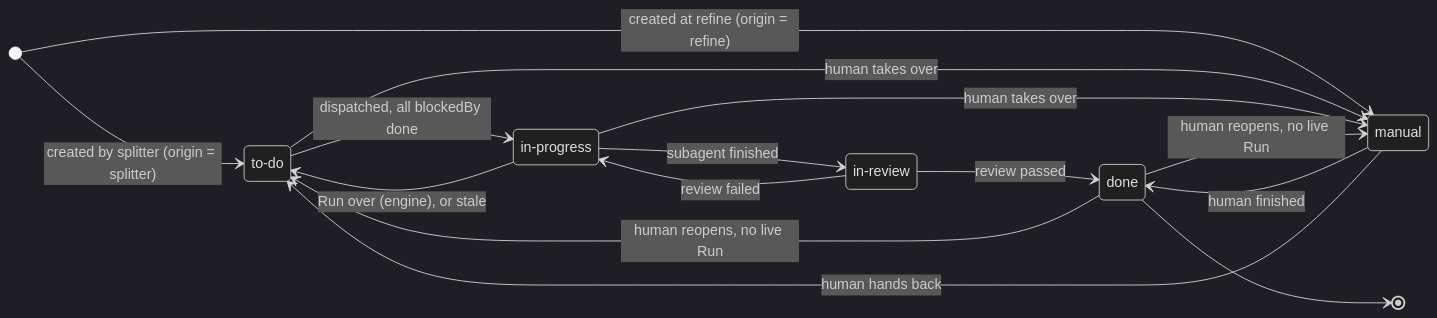
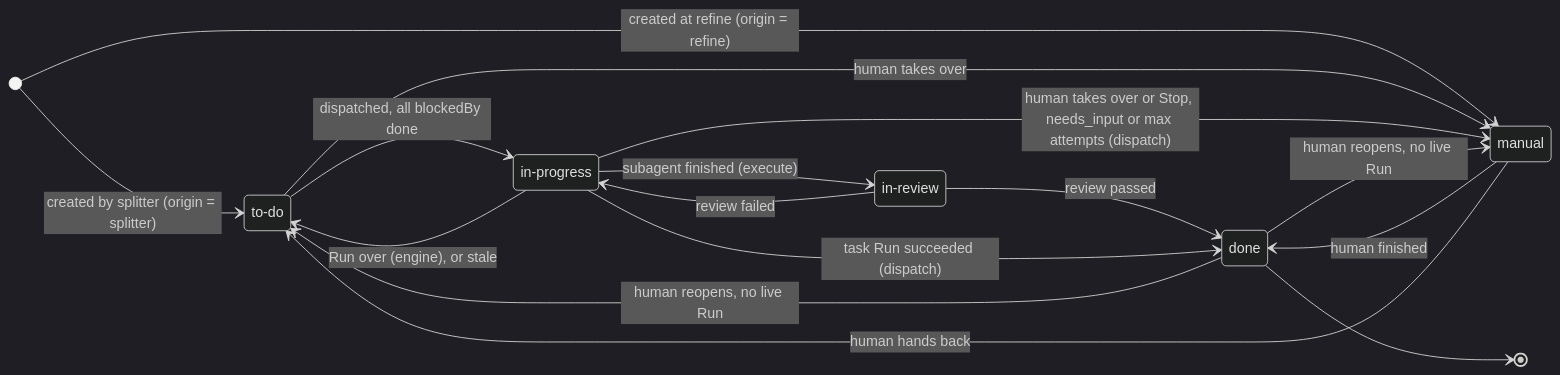
The second of 2 diagrams in docs/state-machine.md (bingeli1379/tasuki), drawn with Mermaid (dark theme) before and after one commit. The commit also changed other lines of this file and 8 other files, not shown here.

First line of the commit message:
docs: design the dispatch mode for task scheduling (D102)

````diff
--- a/docs/state-machine.md
+++ b/docs/state-machine.md
@@ -87,24 +103,25 @@
 ```mermaid
 stateDiagram-v2
     direction LR
     state "to-do" as ToDo
     state "in-progress" as InProgress
     state "in-review" as InReview
     state "manual" as Manual
     state "done" as Done
 
     [*] --> Manual: created at refine (origin = refine)
     [*] --> ToDo: created by splitter (origin = splitter)
     ToDo --> InProgress: dispatched, all blockedBy done
-    InProgress --> InReview: subagent finished
+    InProgress --> InReview: subagent finished (execute)
     InReview --> Done: review passed
     InReview --> InProgress: review failed
+    InProgress --> Done: task Run succeeded (dispatch)
     InProgress --> ToDo: Run over (engine), or stale
     ToDo --> Manual: human takes over
-    InProgress --> Manual: human takes over
+    InProgress --> Manual: human takes over or Stop, needs_input or max attempts (dispatch)
     Manual --> Done: human finished
     Manual --> ToDo: human hands back
     Done --> ToDo: human reopens, no live Run
     Done --> Manual: human reopens, no live Run
     Done --> [*]
 ```
````
